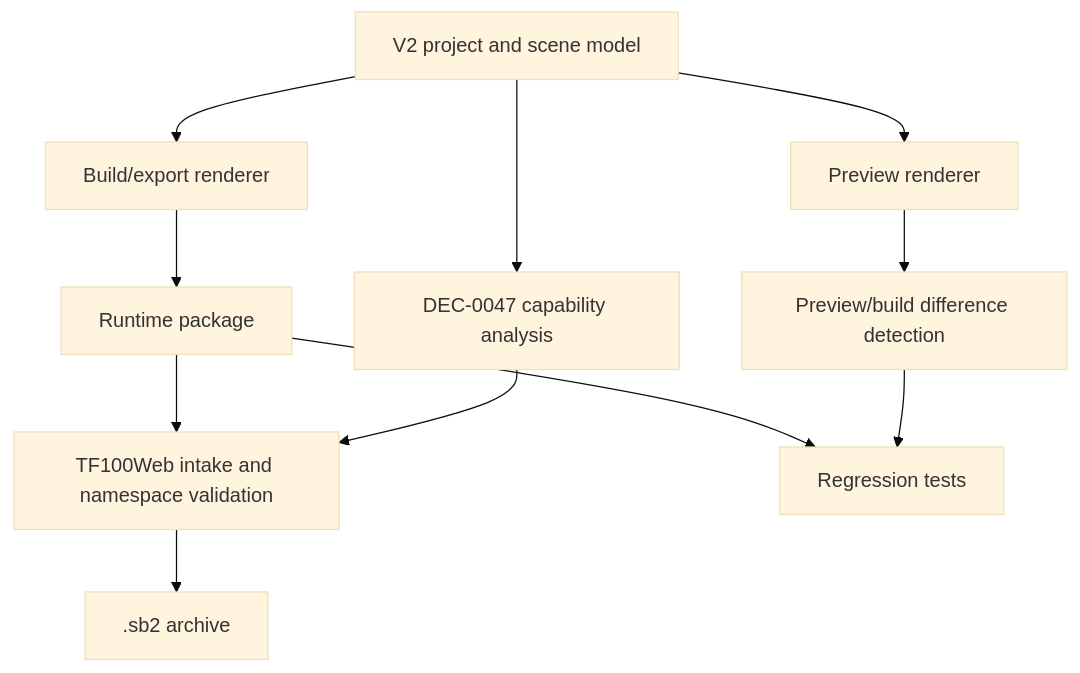
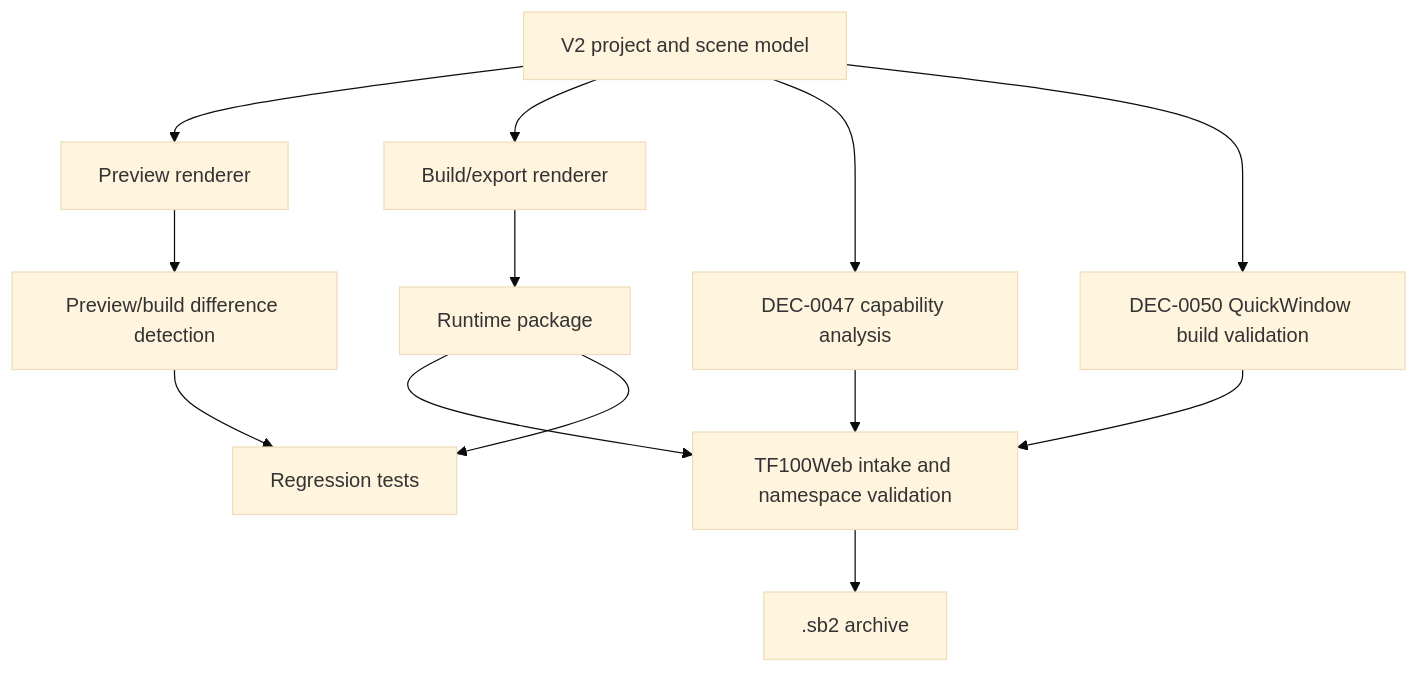
One commit to technologiesflorizon/scadabuilder changed the diagram in docs/03_runtime_contracts/PREVIEW_BUILD_EXPORT_CONTRACT_V2.md. Above: the diagram before and after it, drawn with Mermaid (base theme). The commit also changed other lines of this file and 16 other files, not shown here.

Commit message:
docs: record quick window phase 2

````diff
--- a/docs/03_runtime_contracts/PREVIEW_BUILD_EXPORT_CONTRACT_V2.md
+++ b/docs/03_runtime_contracts/PREVIEW_BUILD_EXPORT_CONTRACT_V2.md
@@ -75,13 +78,15 @@
 ```mermaid
 flowchart TD
   Model[V2 project and scene model] --> Preview[Preview renderer]
   Model --> Build[Build/export renderer]
   Preview --> Diff[Preview/build difference detection]
   Build --> Package[Runtime package]
   Package --> Validate[TF100Web intake and namespace validation]
   Validate --> Archive[.sb2 archive]
   Package --> Tests[Regression tests]
   Diff --> Tests
   Model --> Capabilities[DEC-0047 capability analysis]
   Capabilities --> Validate
+  Model --> QuickWindowGate[DEC-0050 QuickWindow build validation]
+  QuickWindowGate --> Validate
 ```
````
